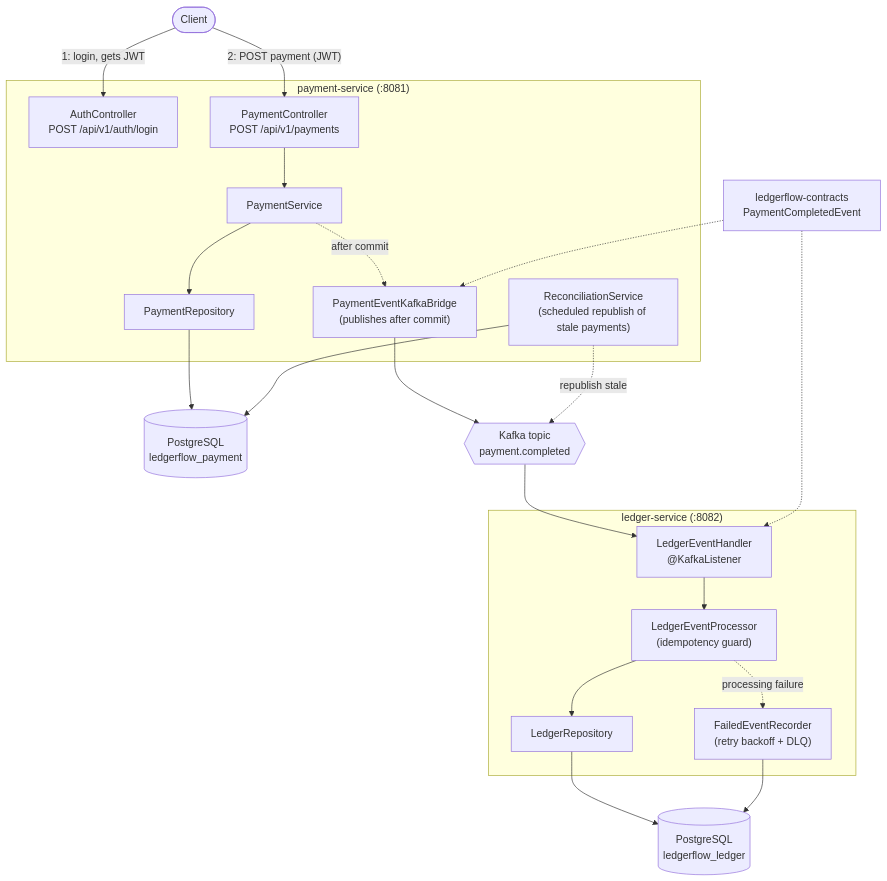
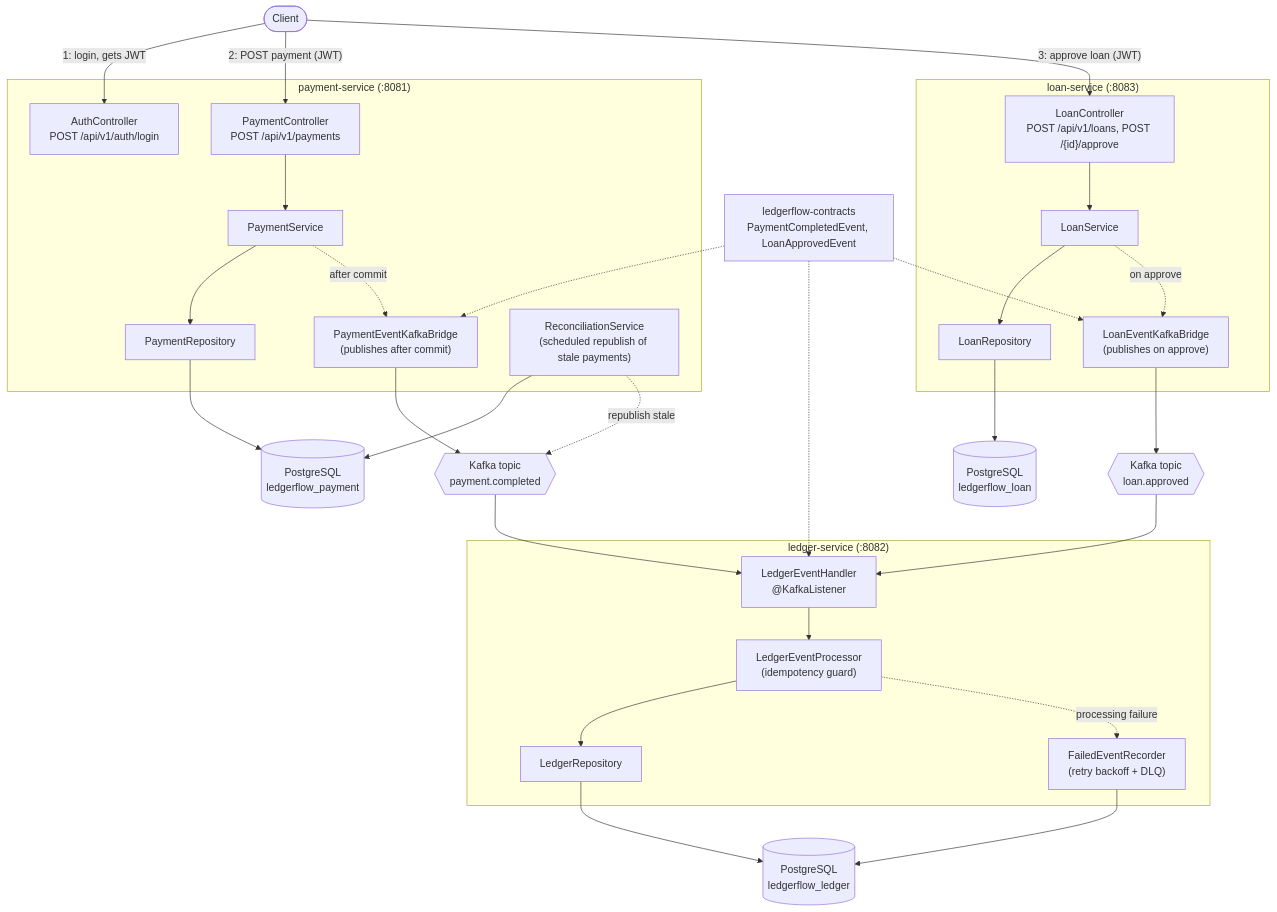
Before and after one commit to thanhphan20/ledger-flow: the diagram in README.md, drawn with Mermaid. The commit also changed other lines of this file and 1 other file, not shown here.

Commit message:
docs: add loan-service to architecture docs

````diff
--- a/README.md
+++ b/README.md
@@ -80,45 +87,63 @@
 ```mermaid
 flowchart TD
     Client(["Client"])
 
     subgraph PS["payment-service (:8081)"]
         Auth["AuthController<br/>POST /api/v1/auth/login"]
         PayAPI["PaymentController<br/>POST /api/v1/payments"]
         PaySvc["PaymentService"]
         PayRepo["PaymentRepository"]
         Bridge["PaymentEventKafkaBridge<br/>(publishes after commit)"]
         Recon["ReconciliationService<br/>(scheduled republish of stale payments)"]
     end
 
     subgraph LS["ledger-service (:8082)"]
         Listener["LedgerEventHandler<br/>@KafkaListener"]
         Proc["LedgerEventProcessor<br/>(idempotency guard)"]
         LedgerRepo["LedgerRepository"]
         FailedRec["FailedEventRecorder<br/>(retry backoff + DLQ)"]
     end
 
-    Contracts["ledgerflow-contracts<br/>PaymentCompletedEvent"]
+    subgraph LoanS["loan-service (:8083)"]
+        LoanAPI["LoanController<br/>POST /api/v1/loans, POST /{id}/approve"]
+        LoanSvc["LoanService"]
+        LoanRepo["LoanRepository"]
+        LoanBridge["LoanEventKafkaBridge<br/>(publishes on approve)"]
+    end
+
+    Contracts["ledgerflow-contracts<br/>PaymentCompletedEvent, LoanApprovedEvent"]
     PgPayment[("PostgreSQL<br/>ledgerflow_payment")]
     PgLedger[("PostgreSQL<br/>ledgerflow_ledger")]
+    PgLoan[("PostgreSQL<br/>ledgerflow_loan")]
     KafkaTopic{{"Kafka topic<br/>payment.completed"}}
+    LoanTopic{{"Kafka topic<br/>loan.approved"}}
 
     Client -- "1: login, gets JWT" --> Auth
     Client -- "2: POST payment (JWT)" --> PayAPI
+    Client -- "3: approve loan (JWT)" --> LoanAPI
     PayAPI --> PaySvc
     PaySvc --> PayRepo
     PayRepo --> PgPayment
     PaySvc -. "after commit" .-> Bridge
     Bridge --> KafkaTopic
     Recon --> PgPayment
     Recon -. "republish stale" .-> KafkaTopic
 
+    LoanAPI --> LoanSvc
+    LoanSvc --> LoanRepo
+    LoanRepo --> PgLoan
+    LoanSvc -. "on approve" .-> LoanBridge
+    LoanBridge --> LoanTopic
+
     KafkaTopic --> Listener
+    LoanTopic --> Listener
     Listener --> Proc
     Proc --> LedgerRepo
     LedgerRepo --> PgLedger
     Proc -. "processing failure" .-> FailedRec
     FailedRec --> PgLedger
 
     Contracts -.-> Bridge
     Contracts -.-> Listener
+    Contracts -.-> LoanBridge
 ```
````
